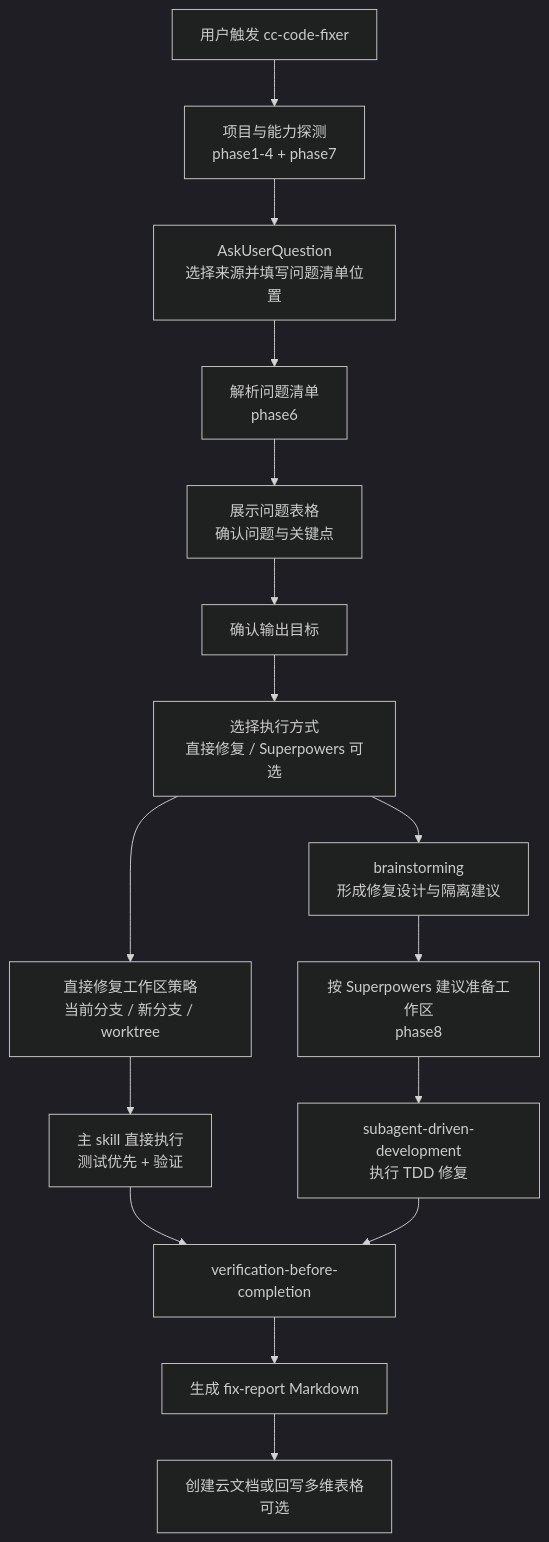
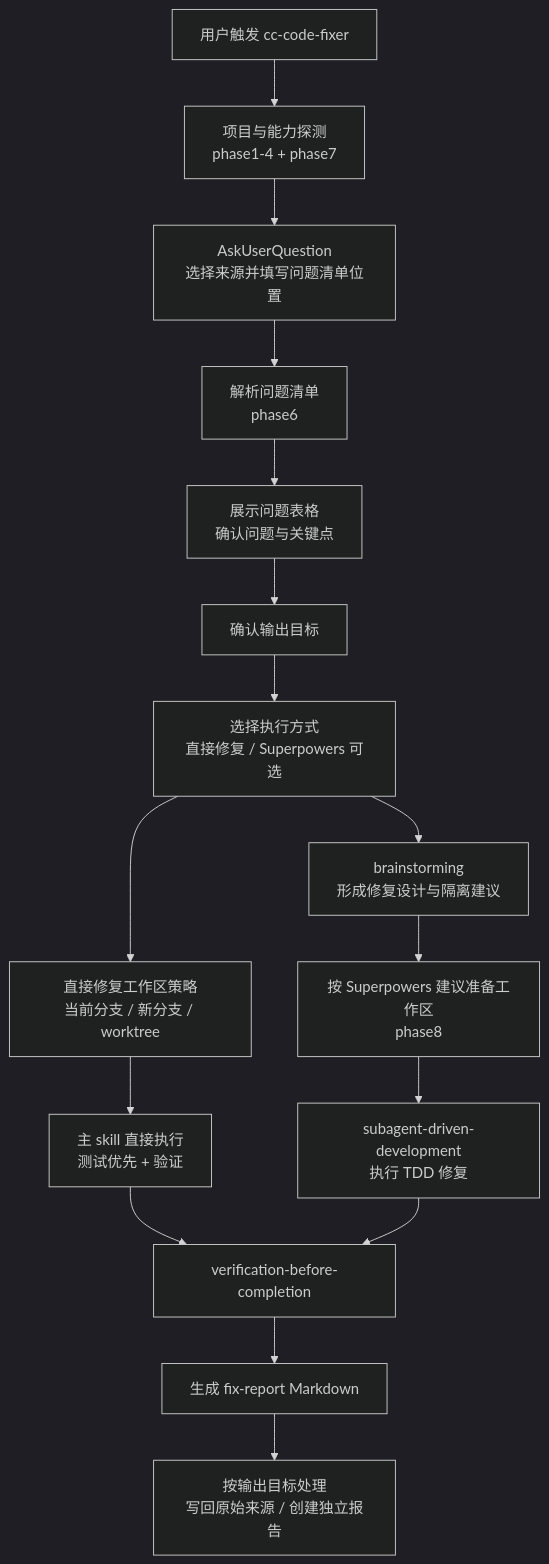
Before and after one commit to ataskite/cc-code-reviewer: the second of 2 diagrams in README.md, drawn with Mermaid (dark theme). The commit also changed other lines of this file and 17 other files, not shown here.

````diff
--- a/README.md
+++ b/README.md
@@ -325,34 +331,34 @@
 ```mermaid
 flowchart TD
     Start["用户触发 cc-code-fixer"]
     Project["项目与能力探测<br/>phase1-4 + phase7"]
     InputAsk["AskUserQuestion<br/>选择来源并填写问题清单位置"]
     Input["解析问题清单<br/>phase6"]
     Confirm["展示问题表格<br/>确认问题与关键点"]
     Output["确认输出目标"]
     Route["选择执行方式<br/>直接修复 / Superpowers 可选"]
     DirectWorkspace["直接修复工作区策略<br/>当前分支 / 新分支 / worktree"]
     DirectFix["主 skill 直接执行<br/>测试优先 + 验证"]
     Brainstorm["brainstorming<br/>形成修复设计与隔离建议"]
     Workspace["按 Superpowers 建议准备工作区<br/>phase8"]
     SubAgentDriven["subagent-driven-development<br/>执行 TDD 修复"]
     Verify["verification-before-completion"]
     Report["生成 fix-report Markdown"]
-    Lark["创建云文档或回写多维表格<br/>可选"]
+    Target["按输出目标处理<br/>写回原始来源 / 创建独立报告"]
 
     Start --> Project
     Project --> InputAsk
     InputAsk --> Input
     Input --> Confirm
     Confirm --> Output
     Output --> Route
     Route --> DirectWorkspace
     DirectWorkspace --> DirectFix
     DirectFix --> Verify
     Route --> Brainstorm
     Brainstorm --> Workspace
     Workspace --> SubAgentDriven
     SubAgentDriven --> Verify
     Verify --> Report
-    Report --> Lark
+    Report --> Target
 ```
````
